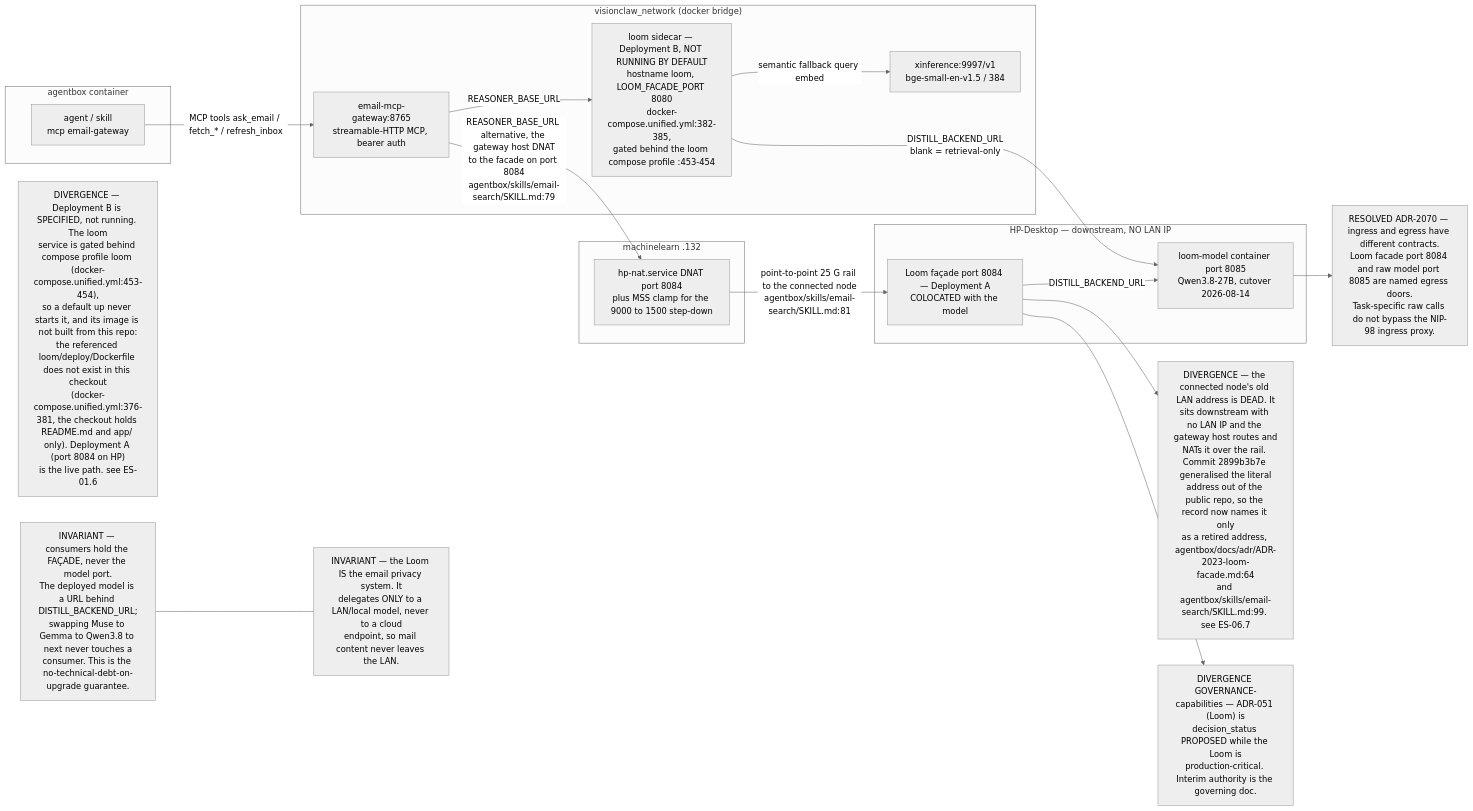
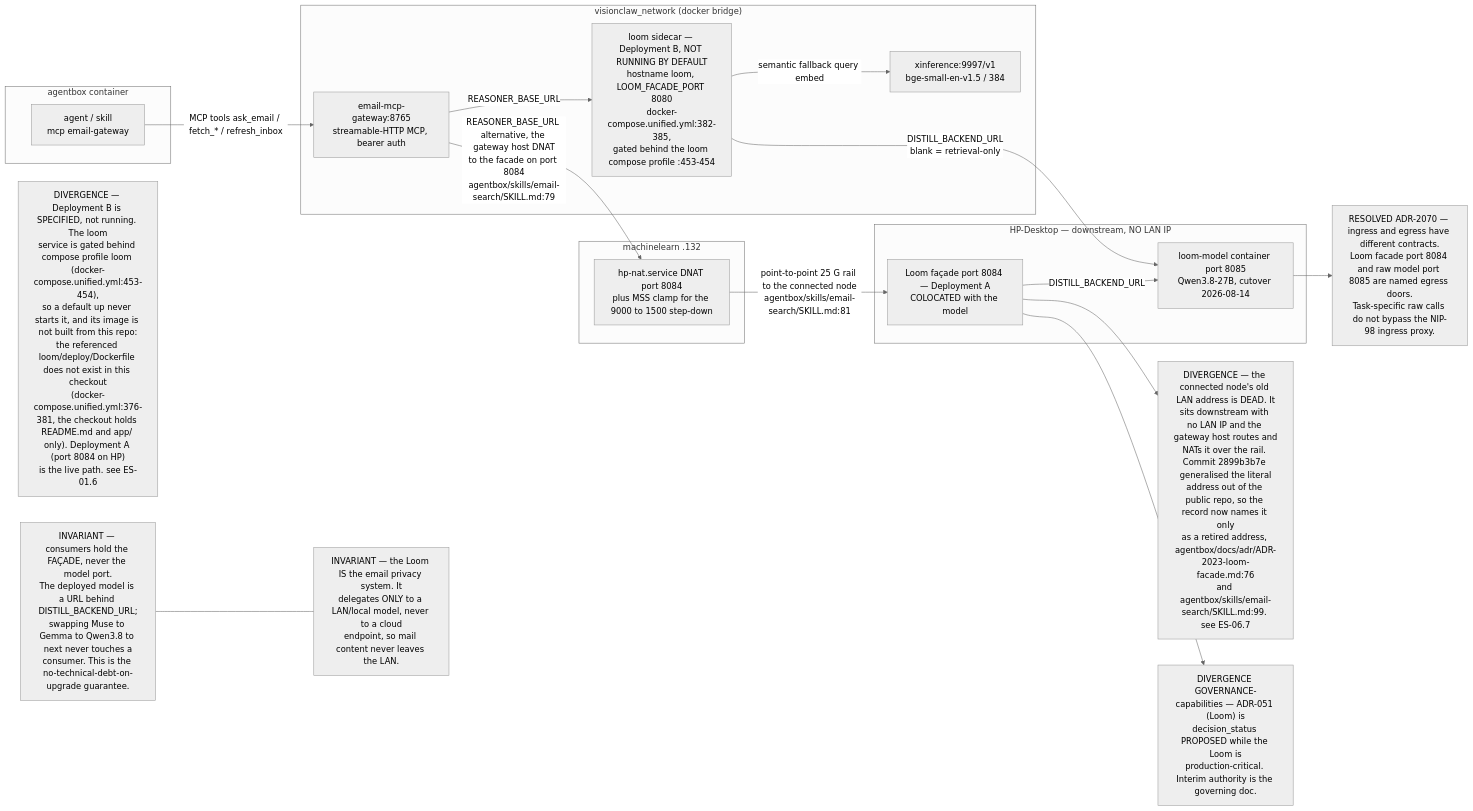
Before and after one commit to DreamLab-AI/VisionFlow: the first of 11 diagrams in docs/diagrams/estate/06-loom-and-email-privacy-path.md, drawn with Mermaid (neutral theme). The commit also changed other lines of this file and 154 other files, not shown here.

First line of the commit message:
docs(diagrams): re-stamp 154 topics whose every citation still reads the same text at the current heads

````diff
--- a/docs/diagrams/estate/06-loom-and-email-privacy-path.md
+++ b/docs/diagrams/estate/06-loom-and-email-privacy-path.md
@@ -36,38 +36,38 @@
 ```mermaid
 flowchart LR
     subgraph box["agentbox container"]
         AG["agent / skill<br/>mcp email-gateway"]
     end
     subgraph vcnet["visionclaw_network (docker bridge)"]
         GW["email-mcp-gateway:8765<br/>streamable-HTTP MCP, bearer auth"]
         LOOMB["loom sidecar — Deployment B, NOT RUNNING BY DEFAULT<br/>hostname loom, LOOM_FACADE_PORT 8080<br/>docker-compose.unified.yml:382-385,<br/>gated behind the loom compose profile :453-454"]
         XI["xinference:9997/v1<br/>bge-small-en-v1.5 / 384"]
     end
     subgraph ml["machinelearn .132"]
         DNAT["hp-nat.service DNAT port 8084<br/>plus MSS clamp for the 9000 to 1500 step-down"]
     end
     subgraph hp["HP-Desktop — downstream, NO LAN IP"]
         LOOMA["Loom façade port 8084 — Deployment A<br/>COLOCATED with the model"]
         MODEL["loom-model container port 8085<br/>Qwen3.8-27B, cutover 2026-08-14"]
     end
 
     AG -- "MCP tools ask_email / fetch_* / refresh_inbox" --> GW
     GW -- "REASONER_BASE_URL" --> LOOMB
     GW -- "REASONER_BASE_URL alternative, the gateway host DNAT<br/>to the facade on port 8084<br/>agentbox/skills/email-search/SKILL.md:79" --> DNAT
     DNAT -- "point-to-point 25 G rail to the connected node<br/>agentbox/skills/email-search/SKILL.md:81" --> LOOMA
     LOOMA -- "DISTILL_BACKEND_URL" --> MODEL
     LOOMB -- "DISTILL_BACKEND_URL<br/>blank = retrieval-only" --> MODEL
     LOOMB -- "semantic fallback query embed" --> XI
 
     INV1["INVARIANT — consumers hold the FAÇADE, never the model port.<br/>The deployed model is a URL behind DISTILL_BACKEND_URL;<br/>swapping Muse to Gemma to Qwen3.8 to next never touches a<br/>consumer. This is the no-technical-debt-on-upgrade guarantee."]
     INV2["INVARIANT — the Loom IS the email privacy system. It<br/>delegates ONLY to a LAN/local model, never to a cloud<br/>endpoint, so mail content never leaves the LAN."]
     DIV0["DIVERGENCE — Deployment B is SPECIFIED, not running. The loom<br/>service is gated behind compose profile loom (docker-compose.unified.yml:453-454),<br/>so a default up never starts it, and its image is not built from this repo:<br/>the referenced loom/deploy/Dockerfile does not exist in this checkout<br/>(docker-compose.unified.yml:376-381, the checkout holds README.md and app/ only). Deployment A (port 8084 on HP)<br/>is the live path. see ES-01.6"]
-    DIV1["DIVERGENCE — the connected node's old LAN address is DEAD. It<br/>sits downstream with no LAN IP and the gateway host routes and<br/>NATs it over the rail. Commit 2899b3b7e generalised the literal<br/>address out of the public repo, so the record now names it only<br/>as a retired address, agentbox/docs/adr/ADR-2023-loom-facade.md:64<br/>and agentbox/skills/email-search/SKILL.md:99. see ES-06.7"]
+    DIV1["DIVERGENCE — the connected node's old LAN address is DEAD. It<br/>sits downstream with no LAN IP and the gateway host routes and<br/>NATs it over the rail. Commit 2899b3b7e generalised the literal<br/>address out of the public repo, so the record now names it only<br/>as a retired address, agentbox/docs/adr/ADR-2023-loom-facade.md:76<br/>and agentbox/skills/email-search/SKILL.md:99. see ES-06.7"]
     DIV2["DIVERGENCE GOVERNANCE-capabilities — ADR-051 (Loom) is<br/>decision_status PROPOSED while the Loom is<br/>production-critical. Interim authority is the governing doc."]
     DIV3["RESOLVED ADR-2070 — ingress and egress have different contracts.<br/>Loom facade port 8084 and raw model port 8085 are named egress doors.<br/>Task-specific raw calls do not bypass the NIP-98 ingress proxy."]
 
     INV1 --- INV2
     LOOMA --> DIV1
     LOOMA --> DIV2
     MODEL --> DIV3
 ```
````
